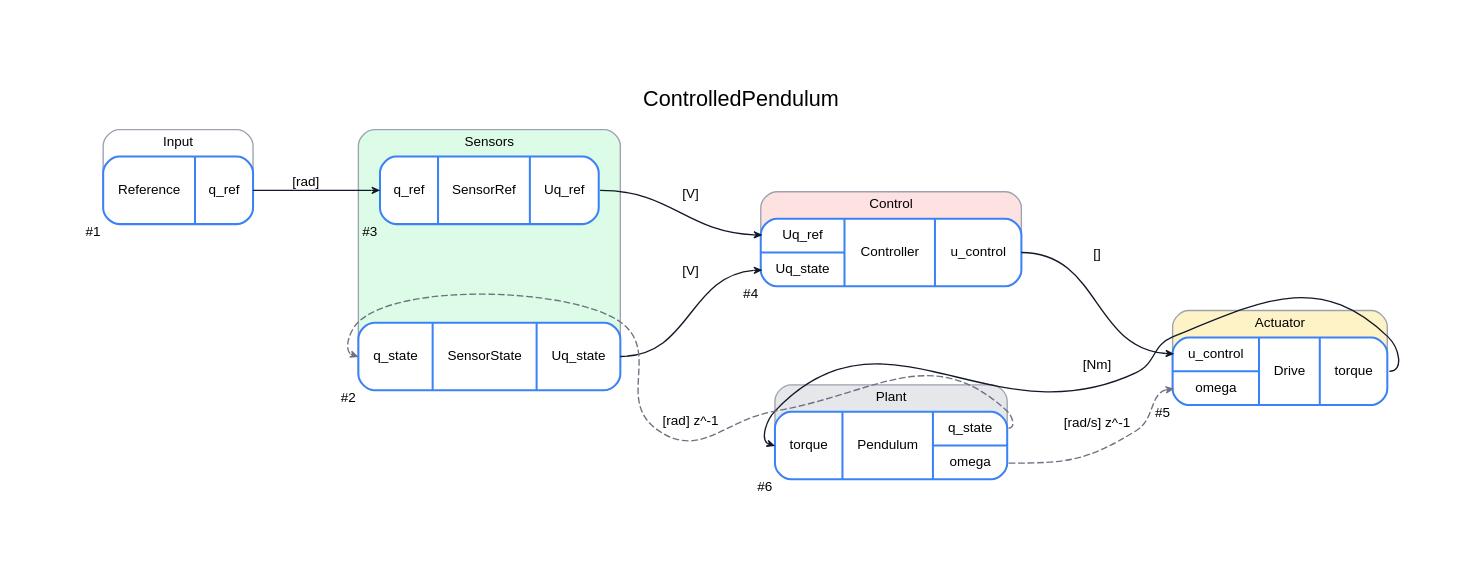
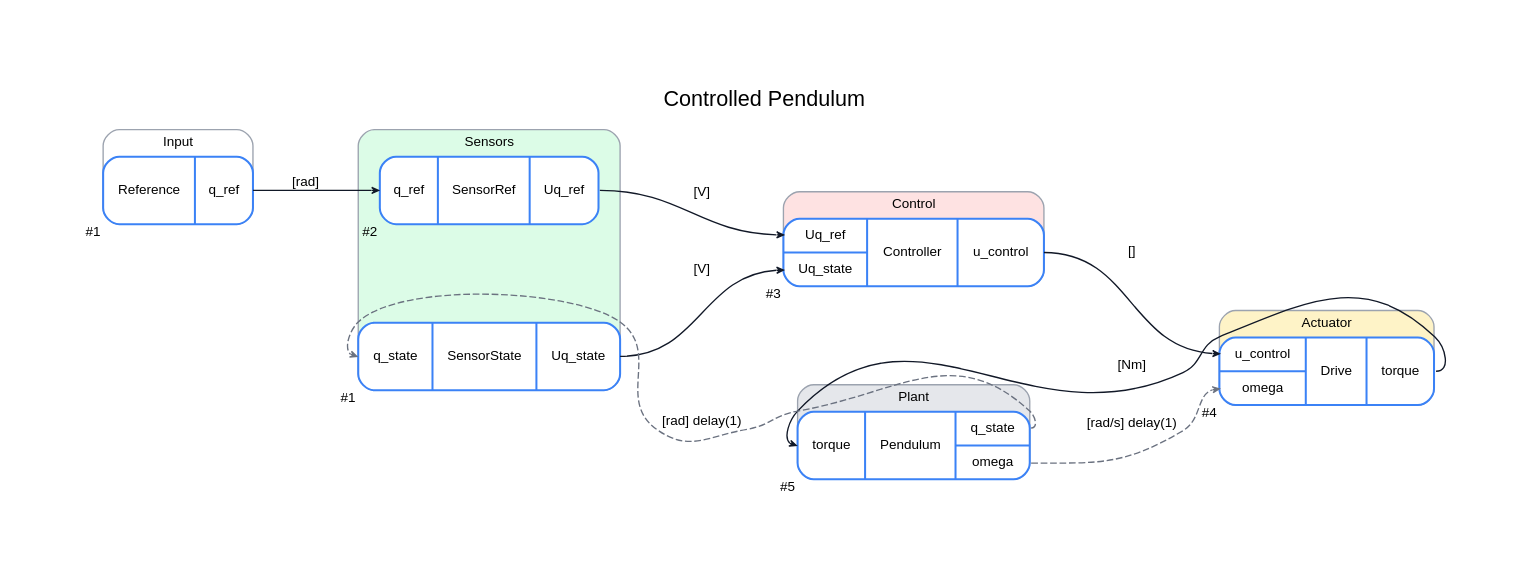
The diagram in examples/UI/BlockDiagrams/controlled_pendulum_system.gv (FlorianFrech/SystemSimulation), drawn with Graphviz before and after one commit. The commit also changed 32 other files, not shown here.

```diff
--- a/examples/UI/BlockDiagrams/controlled_pendulum_system.gv
+++ b/examples/UI/BlockDiagrams/controlled_pendulum_system.gv
@@ -1,34 +1,34 @@
 // Controlled Pendulum System
-digraph ControlledPendulum {
-	graph [bgcolor=white compound=true esep=0 fontname=Helvetica fontsize=16 label=ControlledPendulum labelloc=t margin=0.2 nodesep=1 pad=0.75 rankdir=LR ranksep=0.75 sep=0 smoothType=graph_dist splines=true]
+digraph "Controlled Pendulum" {
+	graph [bgcolor=white compound=true esep=0 fontname=Helvetica fontsize=16 label="Controlled Pendulum" labelloc=t margin=0.2 nodesep=1 pad=0.75 rankdir=LR ranksep=0.75 sep=0 smoothType=graph_dist splines=true]
 	node [color="#3b82f6" fillcolor=white fontname=Helvetica fontsize=10 height=0.7 margin="0.12,0.1" penwidth=1.5 shape=record style="rounded,filled" width=1.5]
 	edge [arrowhead=open arrowsize=0.5 arrowtail=none color="#111827" dir=forward fontname=Helvetica fontsize=10 labelangle=45 labelfontcolor="#374151" minlen=1.4 penwidth=1 style=solid]
 	subgraph cluster_Input {
 		bgcolor=white color="#9ca3af" fontname=Helvetica fontsize=10 label=Input style=rounded
 		Reference [label="{ Reference | { <q_ref> q_ref } }" xlabel="#1"]
 	}
 	subgraph cluster_Sensors {
 		bgcolor="#dcfce7" color="#9ca3af" fontname=Helvetica fontsize=10 label=Sensors style=rounded
-		SensorRef [label="{ { <q_ref> q_ref } | SensorRef | { <Uq_ref> Uq_ref } }" xlabel="#3"]
-		SensorState [label="{ { <q_state> q_state } | SensorState | { <Uq_state> Uq_state } }" xlabel="#2"]
+		SensorRef [label="{ { <q_ref> q_ref } | SensorRef | { <Uq_ref> Uq_ref } }" xlabel="#2"]
+		SensorState [label="{ { <q_state> q_state } | SensorState | { <Uq_state> Uq_state } }" xlabel="#1"]
 	}
 	subgraph cluster_Control {
 		bgcolor="#fee2e2" color="#9ca3af" fontname=Helvetica fontsize=10 label=Control style=rounded
-		Controller [label="{ { <Uq_ref> Uq_ref | <Uq_state> Uq_state } | Controller | { <u_control> u_control } }" xlabel="#4"]
+		Controller [label="{ { <Uq_ref> Uq_ref | <Uq_state> Uq_state } | Controller | { <u_control> u_control } }" xlabel="#3"]
 	}
 	subgraph cluster_Actuator {
 		bgcolor="#fef3c7" color="#9ca3af" fontname=Helvetica fontsize=10 label=Actuator style=rounded
-		Drive [label="{ { <u_control> u_control | <omega> omega } | Drive | { <torque> torque } }" xlabel="#5"]
+		Drive [label="{ { <u_control> u_control | <omega> omega } | Drive | { <torque> torque } }" xlabel="#4"]
 	}
 	subgraph cluster_Plant {
 		bgcolor="#e5e7eb" color="#9ca3af" fontname=Helvetica fontsize=10 label=Plant style=rounded
-		Pendulum [label="{ { <torque> torque } | Pendulum | { <q_state> q_state | <omega> omega } }" xlabel="#6"]
+		Pendulum [label="{ { <torque> torque } | Pendulum | { <q_state> q_state | <omega> omega } }" xlabel="#5"]
 	}
-	Pendulum -> SensorState [label="[rad] z^-1" color="#6b7280" headclip=true headport="q_state:w" style=dashed tailclip=true tailport="q_state:e"]
 	SensorRef -> Controller [label="[V]" color="#111827" headclip=true headport="Uq_ref:w" style=solid tailclip=true tailport="Uq_ref:e"]
+	Pendulum -> SensorState [label="[rad] delay(1)" color="#6b7280" headclip=true headport="q_state:w" style=dashed tailclip=true tailport="q_state:e"]
 	Controller -> Drive [label="[]" color="#111827" headclip=true headport="u_control:w" style=solid tailclip=true tailport="u_control:e"]
+	Drive -> Pendulum [label="[Nm]" color="#111827" headclip=true headport="torque:w" style=solid tailclip=true tailport="torque:e"]
 	SensorState -> Controller [label="[V]" color="#111827" headclip=true headport="Uq_state:w" style=solid tailclip=true tailport="Uq_state:e"]
-	Drive -> Pendulum [label="[Nm]" color="#111827" headclip=true headport="torque:w" style=solid tailclip=true tailport="torque:e"]
+	Pendulum -> Drive [label="[rad/s] delay(1)" color="#6b7280" headclip=true headport="omega:w" style=dashed tailclip=true tailport="omega:e"]
 	Reference -> SensorRef [label="[rad]" color="#111827" headclip=true headport="q_ref:w" style=solid tailclip=true tailport="q_ref:e"]
-	Pendulum -> Drive [label="[rad/s] z^-1" color="#6b7280" headclip=true headport="omega:w" style=dashed tailclip=true tailport="omega:e"]
 }
```
